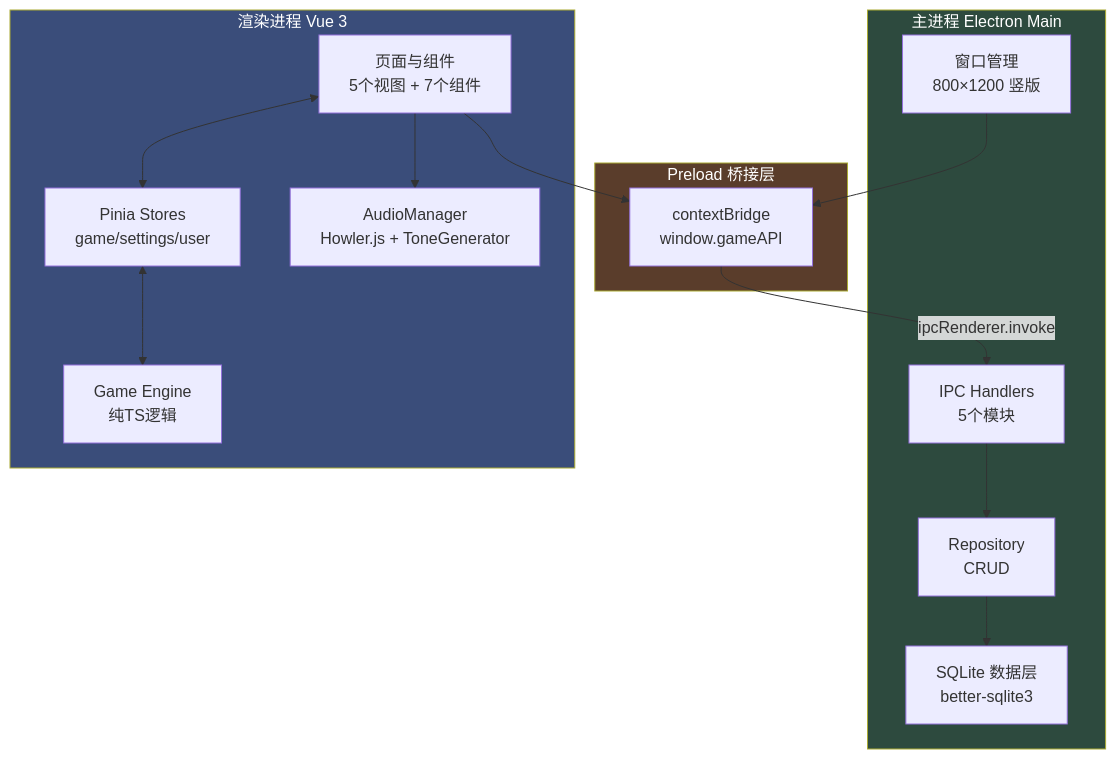
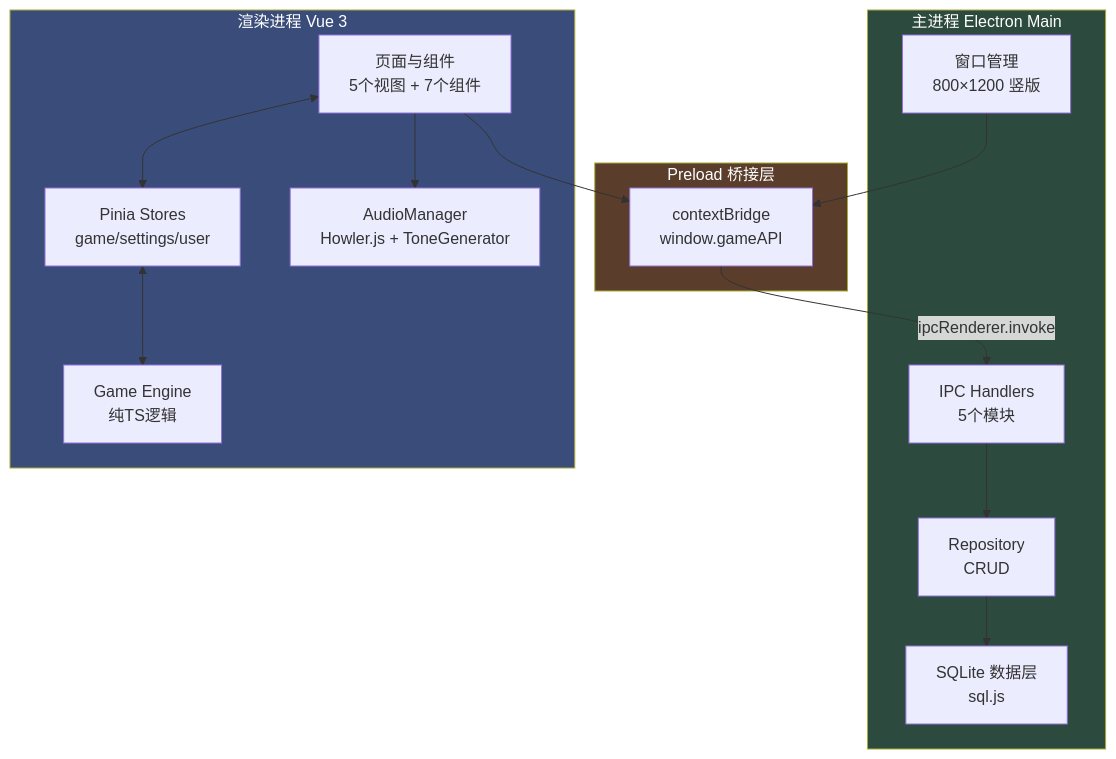
Before and after one commit to lbh1nb/BeastGame: the first of 28 diagrams in ARCHITECTURE.md, drawn with Mermaid. The commit also changed other lines of this file and 25 other files, not shown here.

Commit message:
feat: v8 统一温和音效 + 删除音效选择功能 - 游戏内消除统一使用温和风铃音效(playGentleClickSound), 删除animalSoundMode音效模式选择, 加载界面装饰动物音效改为点击触发(playDecorAnimalSound), 连击音效仅在首次达到阈值时触发(3/5/7/10/15/20), 更新ARCHITECTURE.md和README.md

````diff
--- a/ARCHITECTURE.md
+++ b/ARCHITECTURE.md
@@ -11,33 +11,33 @@
 ```mermaid
 flowchart TB
     subgraph Main["主进程 Electron Main"]
         WIN["窗口管理<br/>800×1200 竖版"]
-        DB["SQLite 数据层<br/>better-sqlite3"]
+        DB["SQLite 数据层<br/>sql.js"]
         IPC["IPC Handlers<br/>5个模块"]
         REPO["Repository<br/>CRUD"]
     end
 
     subgraph Preload["Preload 桥接层"]
         API["contextBridge<br/>window.gameAPI"]
     end
 
     subgraph Renderer["渲染进程 Vue 3"]
         UI["页面与组件<br/>5个视图 + 7个组件"]
         STORE["Pinia Stores<br/>game/settings/user"]
         ENGINE["Game Engine<br/>纯TS逻辑"]
         AUDIO["AudioManager<br/>Howler.js + ToneGenerator"]
     end
 
     WIN --> API
     API -->|ipcRenderer.invoke| IPC
     IPC --> REPO
     REPO --> DB
     UI <--> STORE
     STORE <--> ENGINE
     UI --> AUDIO
     UI --> API
 
     style Main fill:#2d4a3e,color:#ffffff
     style Preload fill:#5a3d2b,color:#ffffff
     style Renderer fill:#3a4d7a,color:#ffffff
 ```
````
